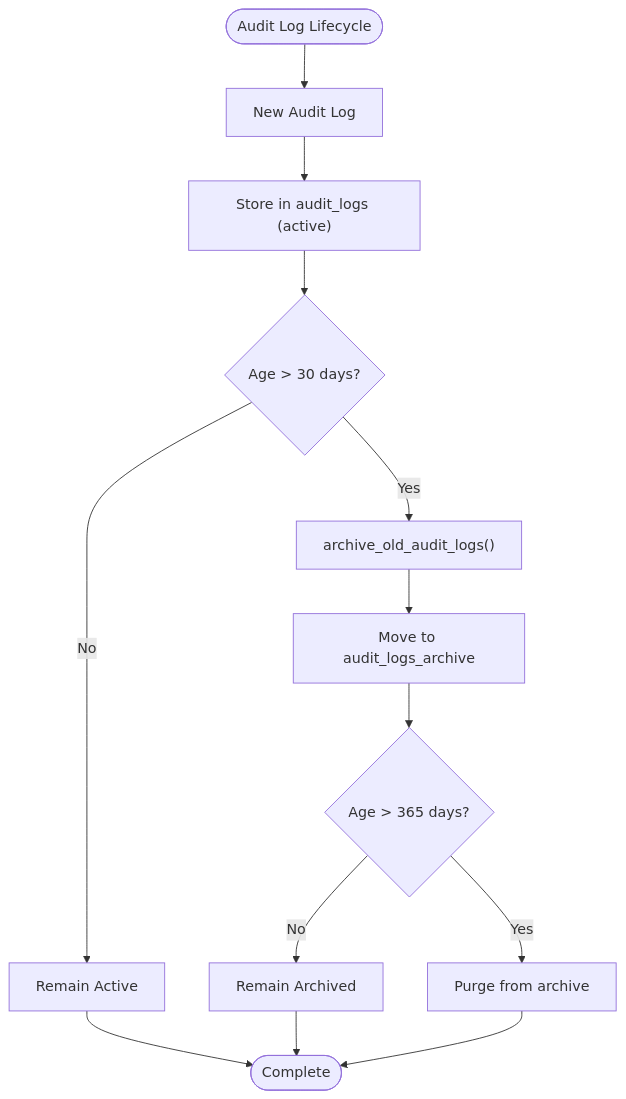
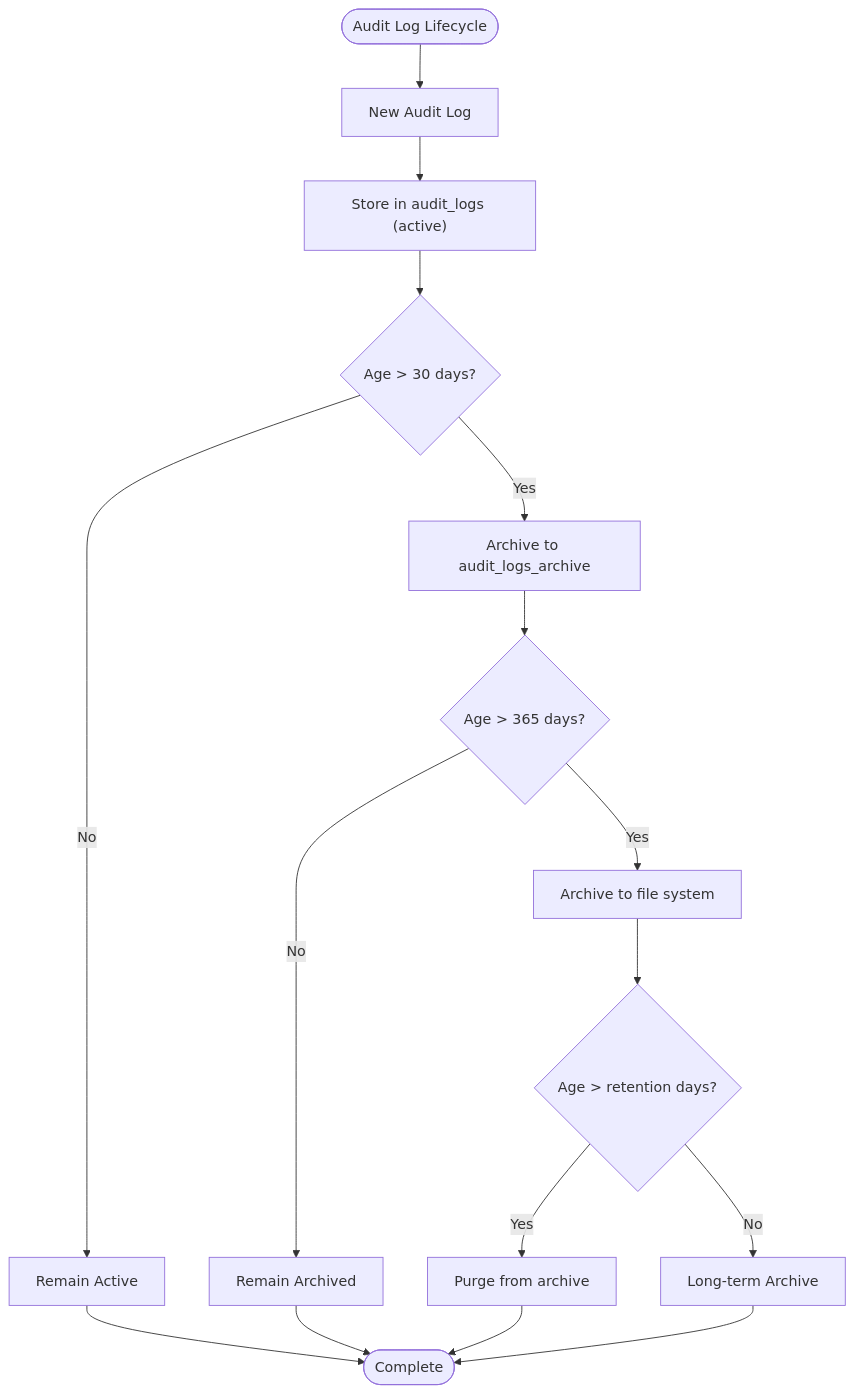
Diagram 12 of 13 in .qoder/repowiki/en/content/Authentication & Authorization/Audit Logging & Monitoring.md (franckylab/eLISAschool), drawn with Mermaid before and after one commit. The commit also changed other lines of this file and 174 other files, not shown here.

````diff
--- a/.qoder/repowiki/en/content/Authentication & Authorization/Audit Logging & Monitoring.md
+++ b/.qoder/repowiki/en/content/Authentication & Authorization/Audit Logging & Monitoring.md
@@ -603,15 +707,18 @@
 ```mermaid
 flowchart TD
 Start(["Audit Log Lifecycle"]) --> Create["New Audit Log"]
 Create --> StoreMain["Store in audit_logs (active)"]
 StoreMain --> CheckAge{"Age > 30 days?"}
-CheckAge --> |Yes| ArchiveFunc["archive_old_audit_logs()"]
+CheckAge --> |Yes| ArchiveDB["Archive to audit_logs_archive"]
 CheckAge --> |No| Active["Remain Active"]
-ArchiveFunc --> MoveArchive["Move to audit_logs_archive"]
-MoveArchive --> CheckAge2{"Age > 365 days?"}
-CheckAge2 --> |Yes| Purge["Purge from archive"]
+ArchiveDB --> CheckAge2{"Age > 365 days?"}
+CheckAge2 --> |Yes| ArchiveFS["Archive to file system"]
 CheckAge2 --> |No| Archive["Remain Archived"]
+ArchiveFS --> CheckAge3{"Age > retention days?"}
+CheckAge3 --> |Yes| Purge["Purge from archive"]
+CheckAge3 --> |No| LongTerm["Long-term Archive"]
 Active --> End(["Complete"])
 Archive --> End
 Purge --> End
+LongTerm --> End
 ```
````
